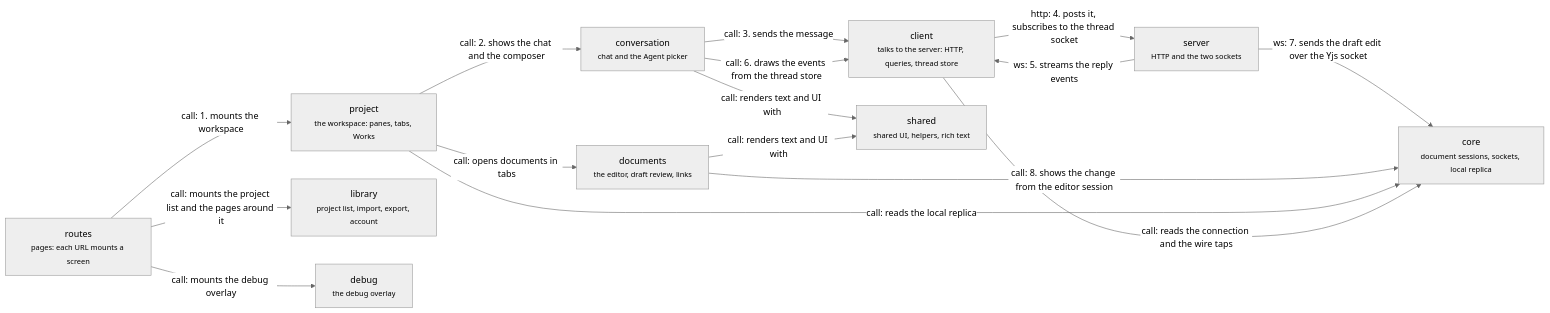
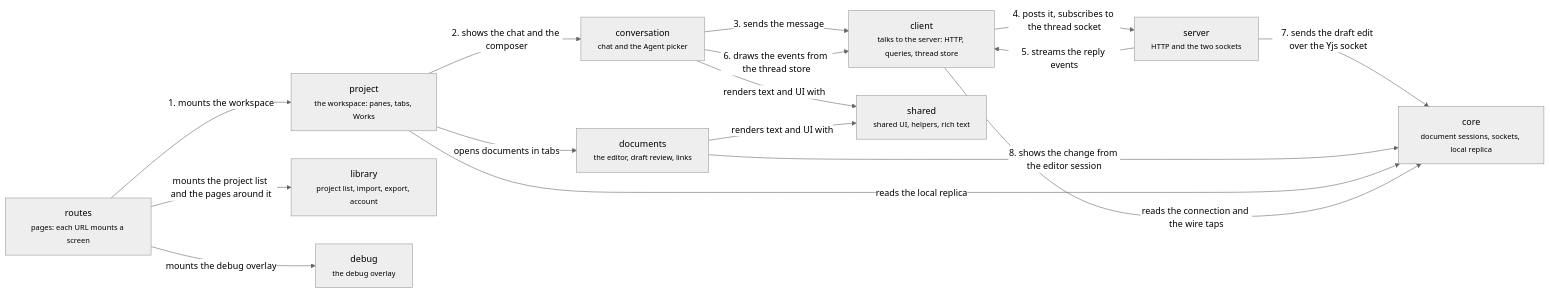
Before and after one commit to haowjy/meridian-flow: the diagram in .context/system-architecture/app.md, drawn with Mermaid (neutral theme). The commit also changed 13 other files, not shown here.

````diff
--- a/.context/system-architecture/app.md
+++ b/.context/system-architecture/app.md
@@ -5,28 +5,28 @@
 ```mermaid
 flowchart LR
   routes["routes<br/><small>pages: each URL mounts a screen</small>"]:::module
   project["project<br/><small>the workspace: panes, tabs, Works</small>"]:::feature
   conversation["conversation<br/><small>chat and the Agent picker</small>"]:::group
   documents["documents<br/><small>the editor, draft review, links</small>"]:::group
   library["library<br/><small>project list, import, export, account</small>"]:::group
   debug["debug<br/><small>the debug overlay</small>"]:::feature
   client["client<br/><small>talks to the server: HTTP, queries, thread store</small>"]:::module
   core["core<br/><small>document sessions, sockets, local replica</small>"]:::group
   shared["shared<br/><small>shared UI, helpers, rich text</small>"]:::group
   server["server<br/><small>HTTP and the two sockets</small>"]:::context
-  routes -->|"call: 1. mounts the workspace"| project
-  project -->|"call: 2. shows the chat and the composer"| conversation
-  conversation -->|"call: 3. sends the message"| client
-  client -->|"http: 4. posts it, subscribes to the thread socket"| server
-  server -->|"ws: 5. streams the reply events"| client
-  conversation -->|"call: 6. draws the events from the thread store"| client
-  server -->|"ws: 7. sends the draft edit over the Yjs socket"| core
-  documents -->|"call: 8. shows the change from the editor session"| core
-  project -->|"call: opens documents in tabs"| documents
-  project -->|"call: reads the local replica"| core
-  routes -->|"call: mounts the project list and the pages around it"| library
-  routes -->|"call: mounts the debug overlay"| debug
-  client -->|"call: reads the connection and the wire taps"| core
-  conversation -->|"call: renders text and UI with"| shared
-  documents -->|"call: renders text and UI with"| shared
+  routes -->|"1. mounts the workspace"| project
+  project -->|"2. shows the chat and the composer"| conversation
+  conversation -->|"3. sends the message"| client
+  client -->|"4. posts it, subscribes to the thread socket"| server
+  server -->|"5. streams the reply events"| client
+  conversation -->|"6. draws the events from the thread store"| client
+  server -->|"7. sends the draft edit over the Yjs socket"| core
+  documents -->|"8. shows the change from the editor session"| core
+  project -->|"opens documents in tabs"| documents
+  project -->|"reads the local replica"| core
+  routes -->|"mounts the project list and the pages around it"| library
+  routes -->|"mounts the debug overlay"| debug
+  client -->|"reads the connection and the wire taps"| core
+  conversation -->|"renders text and UI with"| shared
+  documents -->|"renders text and UI with"| shared
 ```
````
